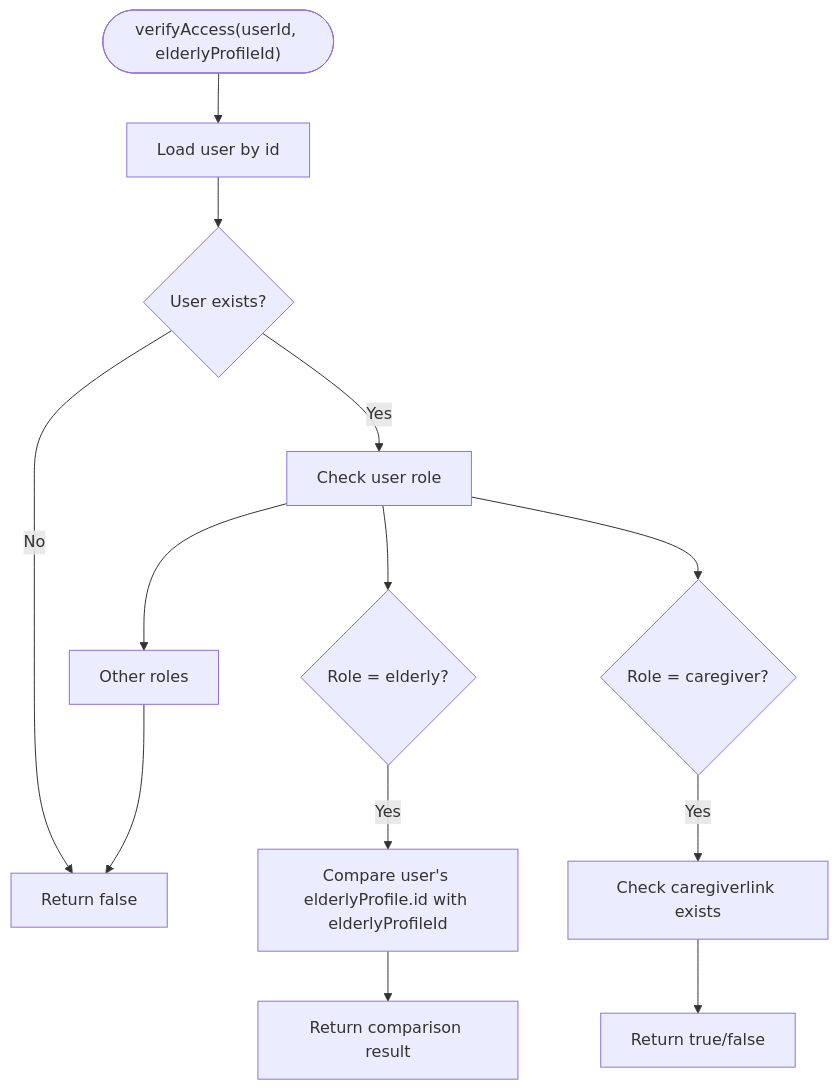
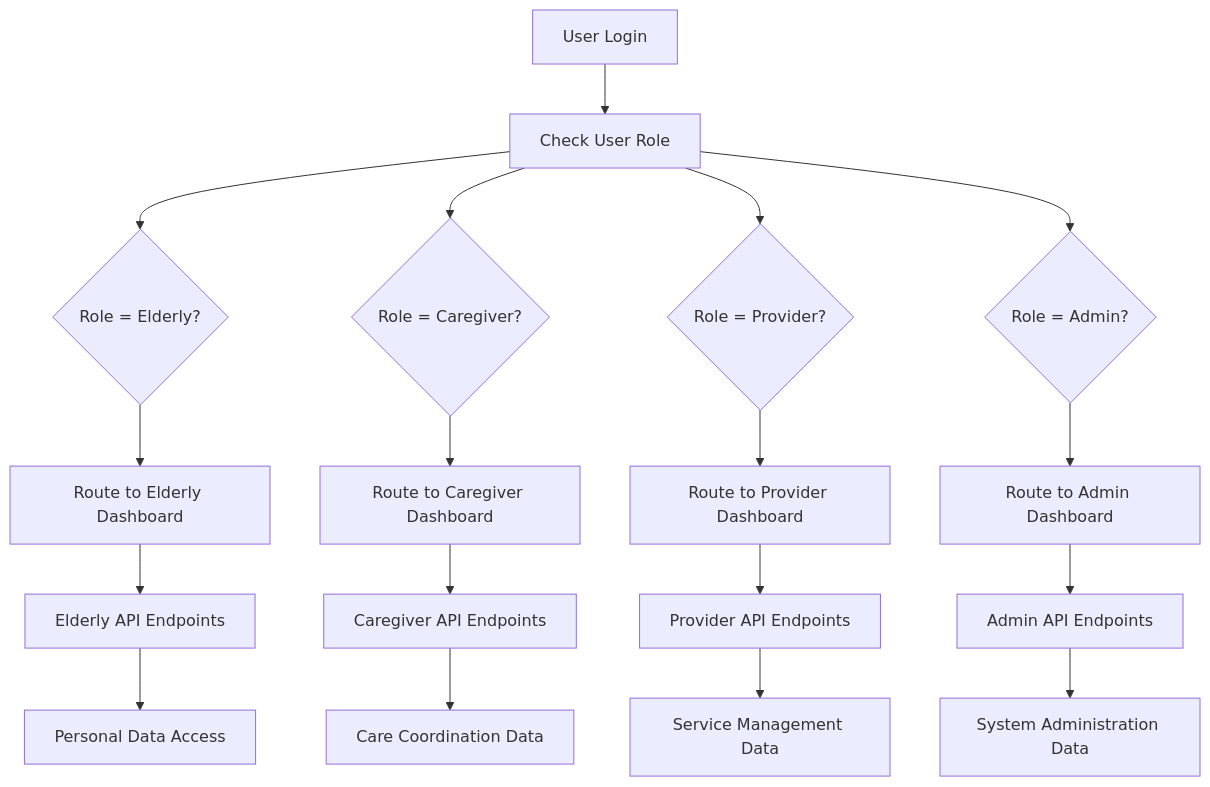
The fifth of 8 diagrams in .qoder/repowiki/en/content/Caregiver Integration.md (jairosouza67/99-Pai), drawn with Mermaid before and after one commit. The commit also changed other lines of this file and 17 other files, not shown here.

````diff
--- a/.qoder/repowiki/en/content/Caregiver Integration.md
+++ b/.qoder/repowiki/en/content/Caregiver Integration.md
@@ -205,15 +279,20 @@
 ```mermaid
 flowchart TD
-A(["verifyAccess(userId, elderlyProfileId)"]) --> LoadUser["Load user by id"]
-LoadUser --> UserFound{"User exists?"}
-UserFound --> |No| Deny["Return false"]
-UserFound --> |Yes| CheckRole["Check user role"]
-CheckRole --> Elderly{"Role = elderly?"}
-Elderly --> |Yes| CompareElderly["Compare user's elderlyProfile.id with elderlyProfileId"]
-CompareElderly --> ReturnElderly["Return comparison result"]
-CheckRole --> Caregiver{"Role = caregiver?"}
-Caregiver --> |Yes| CheckLink["Check caregiverlink exists"]
-CheckLink --> ReturnLink["Return true/false"]
-CheckRole --> Other["Other roles"]
-Other --> Deny
+UserLogin["User Login"] --> CheckRole["Check User Role"]
+CheckRole --> Elderly{"Role = Elderly?"}
+CheckRole --> Caregiver{"Role = Caregiver?"}
+CheckRole --> Provider{"Role = Provider?"}
+CheckRole --> Admin{"Role = Admin?"}
+Elderly --> ElderlyRoutes["Route to Elderly Dashboard"]
+Caregiver --> CaregiverRoutes["Route to Caregiver Dashboard"]
+Provider --> ProviderRoutes["Route to Provider Dashboard"]
+Admin --> AdminRoutes["Route to Admin Dashboard"]
+ElderlyRoutes --> ElderlyAPI["Elderly API Endpoints"]
+CaregiverRoutes --> CaregiverAPI["Caregiver API Endpoints"]
+ProviderRoutes --> ProviderAPI["Provider API Endpoints"]
+AdminRoutes --> AdminAPI["Admin API Endpoints"]
+ElderlyAPI --> ElderlyData["Personal Data Access"]
+CaregiverAPI --> CareCoordData["Care Coordination Data"]
+ProviderAPI --> ServiceData["Service Management Data"]
+AdminAPI --> SystemData["System Administration Data"]
 ```
````
